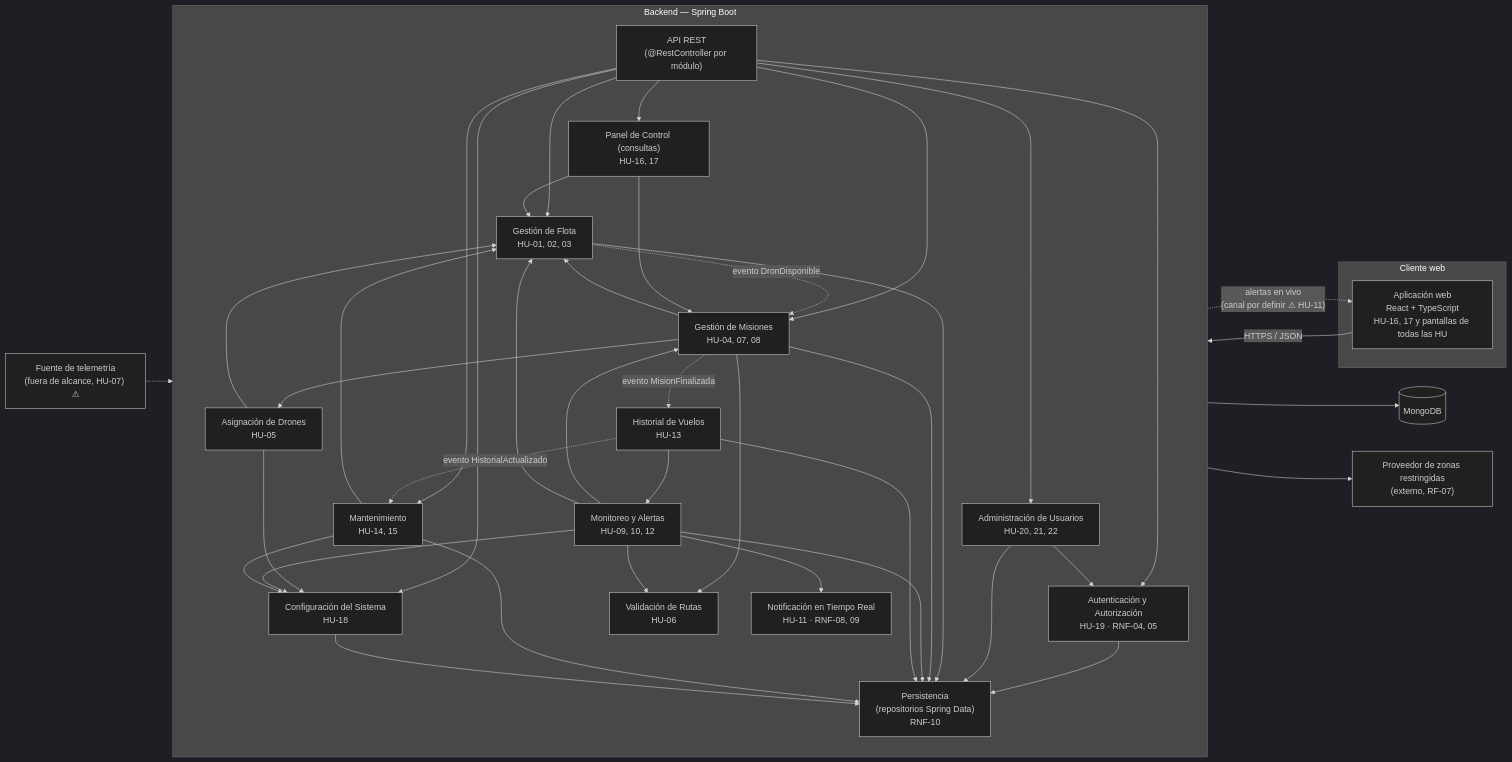
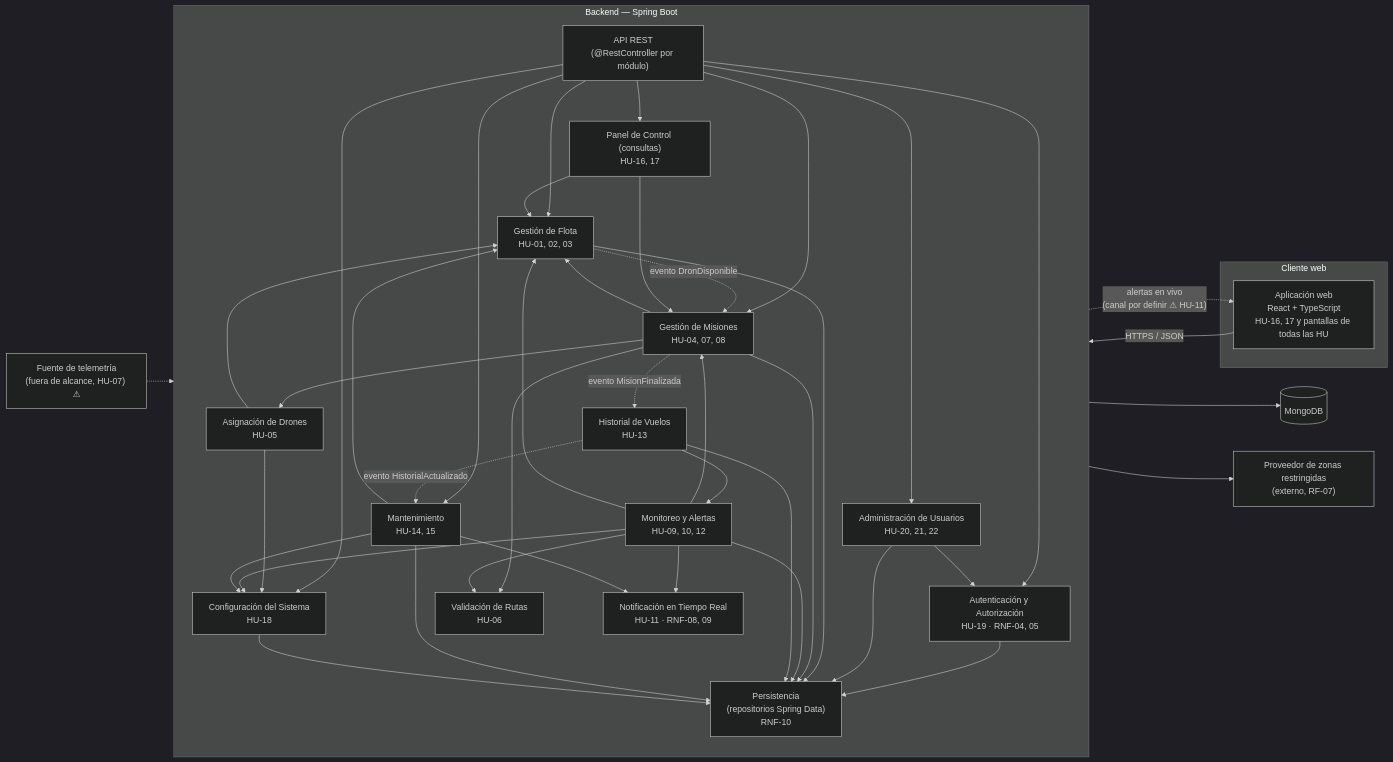
The diagram in docs/diagrama-componentes.md (Juanescuaran2041/dronflow), drawn with Mermaid (dark theme) before and after one commit. The commit also changed other lines of this file and 14 other files, not shown here.

Commit message:
docs: diagrama de clases (vista logica), ajuste de HU y componentes segun decisiones del autor

````diff
--- a/docs/diagrama-componentes.md
+++ b/docs/diagrama-componentes.md
@@ -8,76 +8,77 @@
 ```mermaid
 flowchart LR
     subgraph CLI["Cliente web"]
         SPA["Aplicación web<br/>React + TypeScript<br/>HU-16, 17 y pantallas de todas las HU"]
     end
 
     subgraph BE["Backend — Spring Boot"]
         direction TB
         API["API REST<br/>(@RestController por módulo)"]
 
         SEG["Autenticación y Autorización<br/>HU-19 · RNF-04, 05"]
         USR["Administración de Usuarios<br/>HU-20, 21, 22"]
         FLO["Gestión de Flota<br/>HU-01, 02, 03"]
         MIS["Gestión de Misiones<br/>HU-04, 07, 08"]
         ASG["Asignación de Drones<br/>HU-05"]
         RUT["Validación de Rutas<br/>HU-06"]
         MON["Monitoreo y Alertas<br/>HU-09, 10, 12"]
         NOT["Notificación en Tiempo Real<br/>HU-11 · RNF-08, 09"]
         HIS["Historial de Vuelos<br/>HU-13"]
         MAN["Mantenimiento<br/>HU-14, 15"]
         PAN["Panel de Control (consultas)<br/>HU-16, 17"]
         CFG["Configuración del Sistema<br/>HU-18"]
         PER["Persistencia<br/>(repositorios Spring Data)<br/>RNF-10"]
     end
 
     DB[("MongoDB")]
     ZON["Proveedor de zonas restringidas<br/>(externo, RF-07)"]
     TEL["Fuente de telemetría<br/>(fuera de alcance, HU-07) ⚠"]
 
     SPA -- "HTTPS / JSON" --> API
     NOT -. "alertas en vivo<br/>(canal por definir ⚠ HU-11)" .-> SPA
 
     API --> SEG
     API --> USR
     API --> FLO
     API --> MIS
     API --> PAN
     API --> CFG
     API --> MAN
 
     USR --> SEG
     SEG --> PER
     USR --> PER
 
     MIS --> FLO
     MIS --> ASG
     MIS --> RUT
     ASG --> FLO
     ASG --> CFG
     RUT --> ZON
 
     TEL -.-> MON
     MON --> MIS
     MON --> FLO
     MON --> RUT
     MON --> CFG
     MON --> NOT
 
     MIS -. "evento MisionFinalizada" .-> HIS
     HIS -. "evento HistorialActualizado" .-> MAN
     HIS --> MON
     MAN --> FLO
+    MAN --> NOT
     MAN --> CFG
     FLO -. "evento DronDisponible" .-> MIS
 
     PAN --> FLO
     PAN --> MIS
 
     FLO --> PER
     MIS --> PER
     MON --> PER
     HIS --> PER
     MAN --> PER
     CFG --> PER
     PER --> DB
 ```
````
